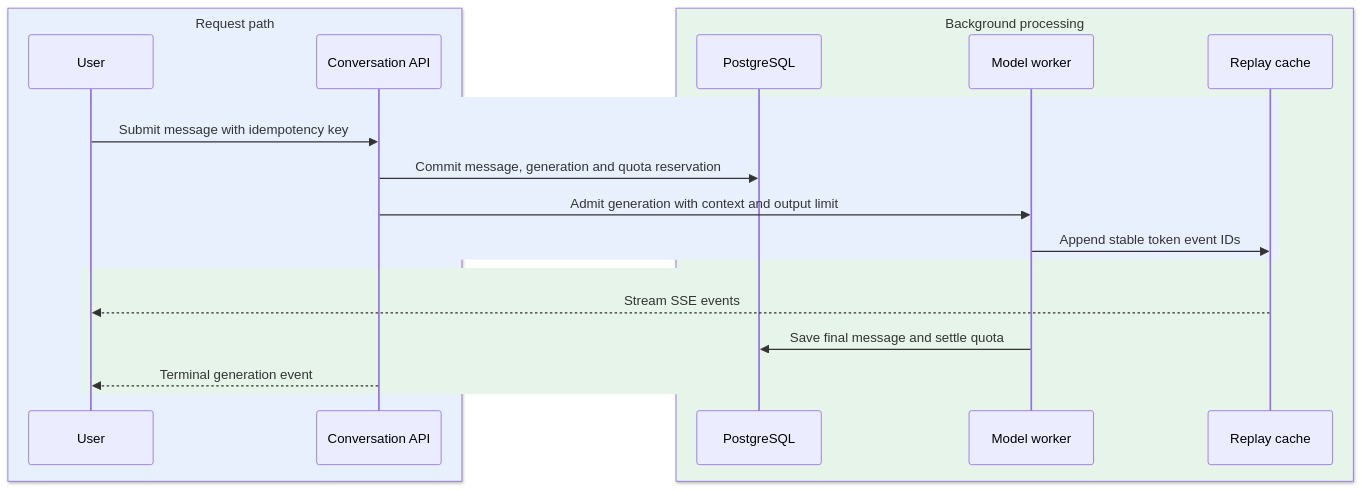
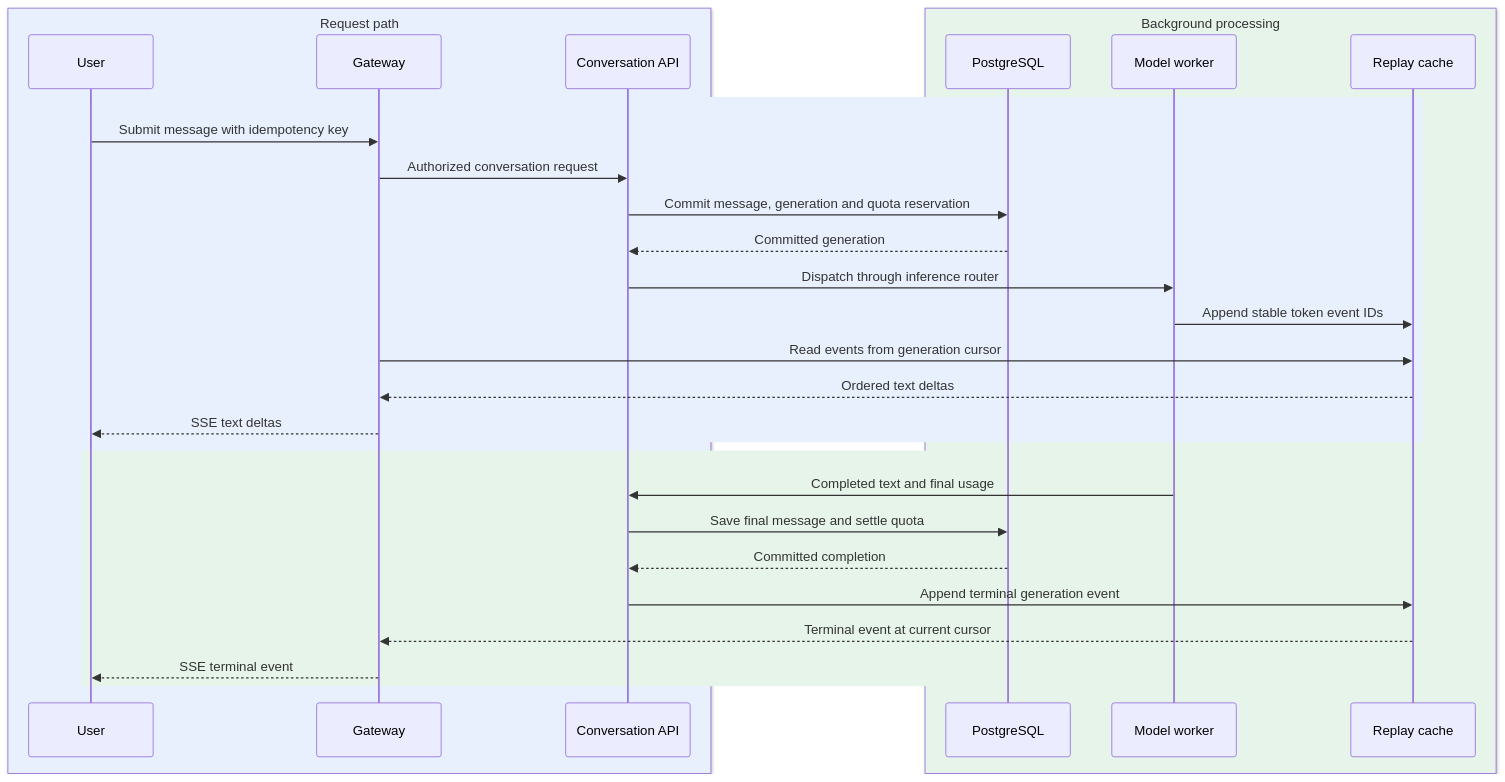
Before and after one commit to iliazlobin/iliazlobin.github.io: the second of 4 diagrams in _designs/system-design-chatgpt.md, drawn with Mermaid. The commit also changed other lines of this file and 7 other files, not shown here.

Commit message:
Keep simplified design sequences behind service boundaries

````diff
--- a/_designs/system-design-chatgpt.md
+++ b/_designs/system-design-chatgpt.md
@@ -193,23 +193,32 @@
 ```mermaid
 sequenceDiagram
   box rgb(232,240,254) Request path
     participant U as User
+    participant G as Gateway
     participant A as Conversation API
   end
   box rgb(230,244,234) Background processing
     participant D as PostgreSQL
     participant W as Model worker
     participant C as Replay cache
   end
   rect rgb(232,240,254)
-    U->>A: Submit message with idempotency key
+    U->>G: Submit message with idempotency key
+    G->>A: Authorized conversation request
     A->>D: Commit message, generation and quota reservation
-    A->>W: Admit generation with context and output limit
+    D-->>A: Committed generation
+    A->>W: Dispatch through inference router
     W->>C: Append stable token event IDs
+    G->>C: Read events from generation cursor
+    C-->>G: Ordered text deltas
+    G-->>U: SSE text deltas
   end
   rect rgb(230,244,234)
-    C-->>U: Stream SSE events
-    W->>D: Save final message and settle quota
-    A-->>U: Terminal generation event
+    W->>A: Completed text and final usage
+    A->>D: Save final message and settle quota
+    D-->>A: Committed completion
+    A->>C: Append terminal generation event
+    C-->>G: Terminal event at current cursor
+    G-->>U: SSE terminal event
   end
 ```
````
